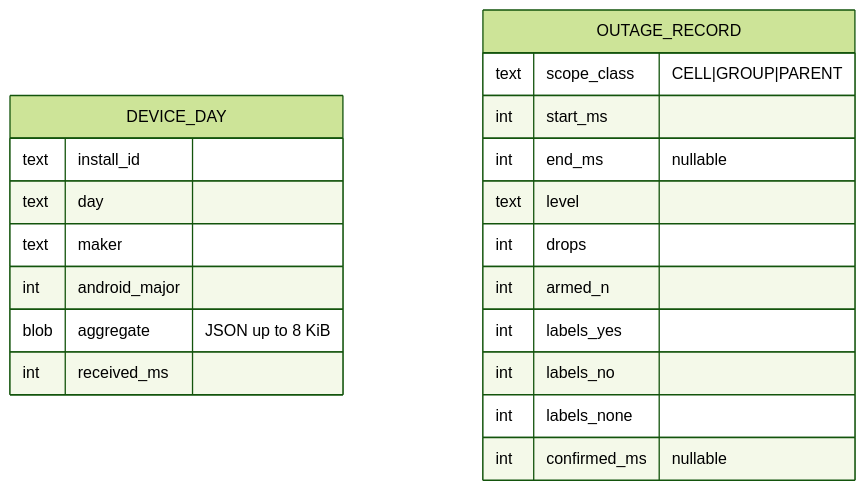
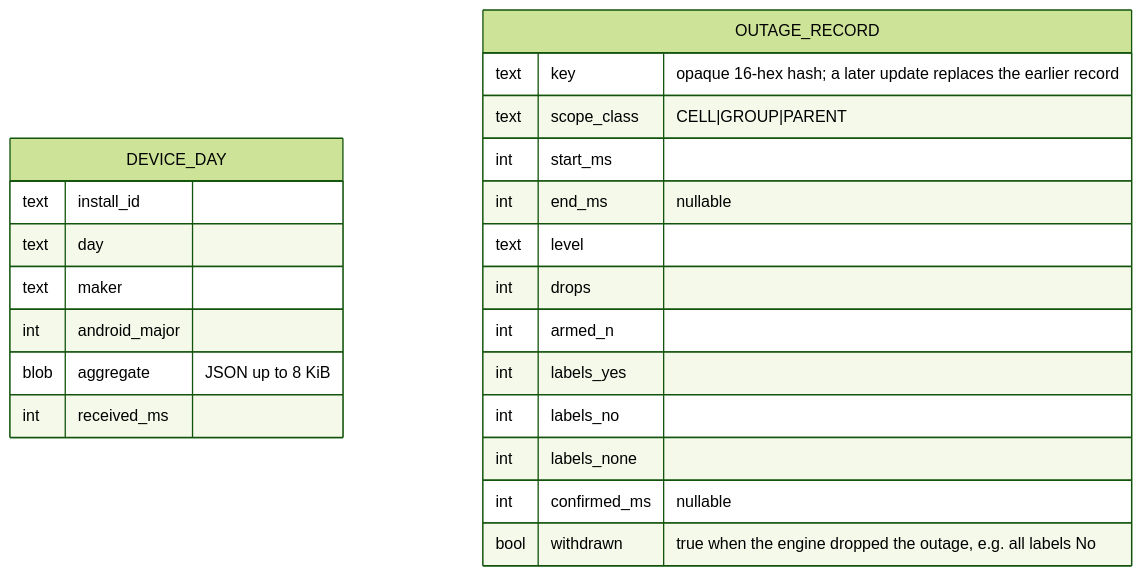
One commit to 3akare/outage changed the second of 3 diagrams in .kiro/specs/field-telemetry/design.md. Above: the diagram before and after it, drawn with Mermaid (forest theme). The commit also changed other lines of this file and 5 other files, not shown here.

Commit message:
fix(shared): field maker gate accepts Samsung, spec text for key and withdrawn [spec:field-telemetry task:2]

````diff
--- a/.kiro/specs/field-telemetry/design.md
+++ b/.kiro/specs/field-telemetry/design.md
@@ -69,23 +69,25 @@
 ```mermaid
 erDiagram
     DEVICE_DAY {
         text install_id
         text day
         text maker
         int android_major
         blob aggregate "JSON up to 8 KiB"
         int received_ms
     }
     OUTAGE_RECORD {
+        text key "opaque 16-hex hash; a later update replaces the earlier record"
         text scope_class "CELL|GROUP|PARENT"
         int start_ms
         int end_ms "nullable"
         text level
         int drops
         int armed_n
         int labels_yes
         int labels_no
         int labels_none
         int confirmed_ms "nullable"
+        bool withdrawn "true when the engine dropped the outage, e.g. all labels No"
     }
 ```
````
